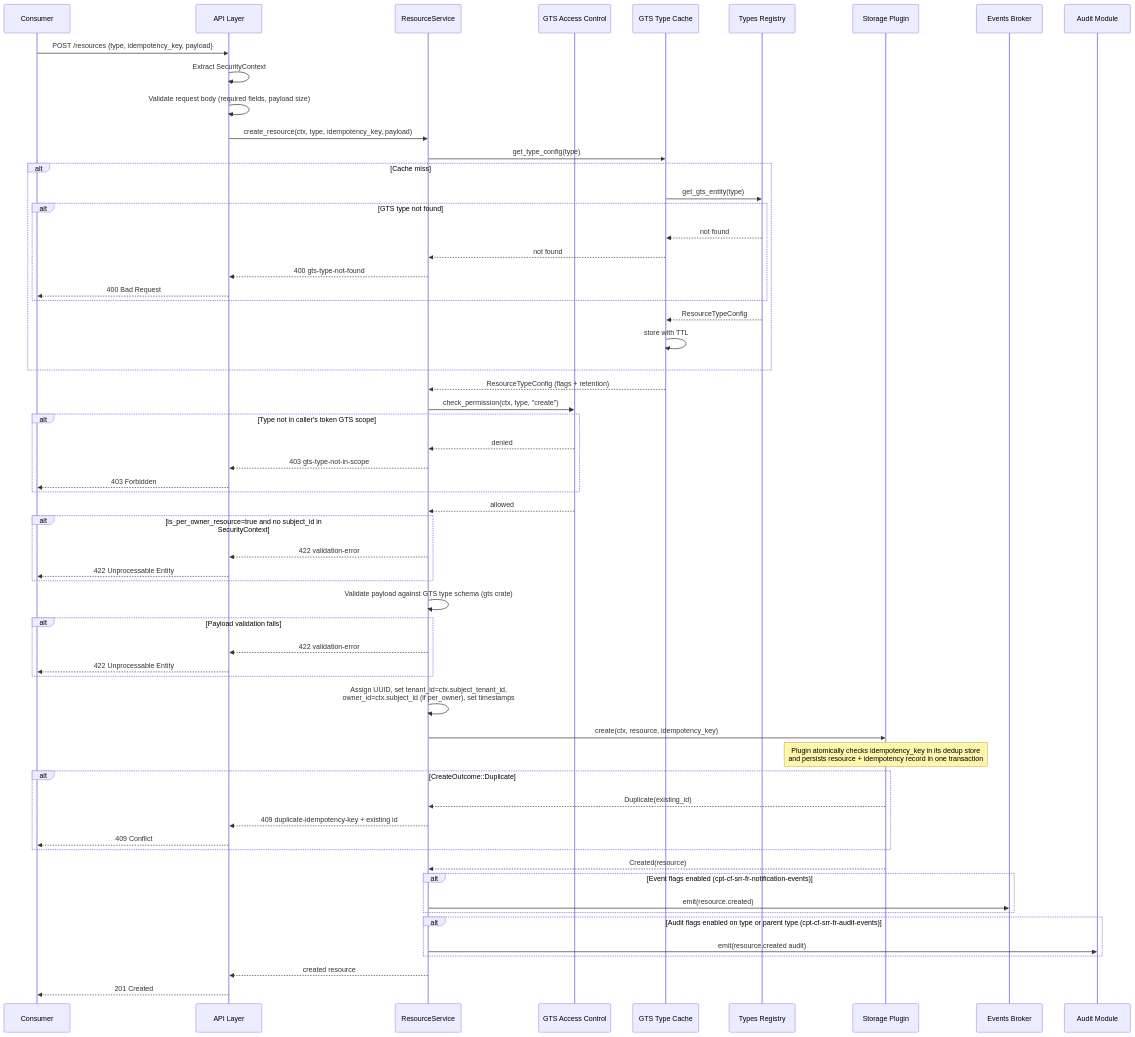
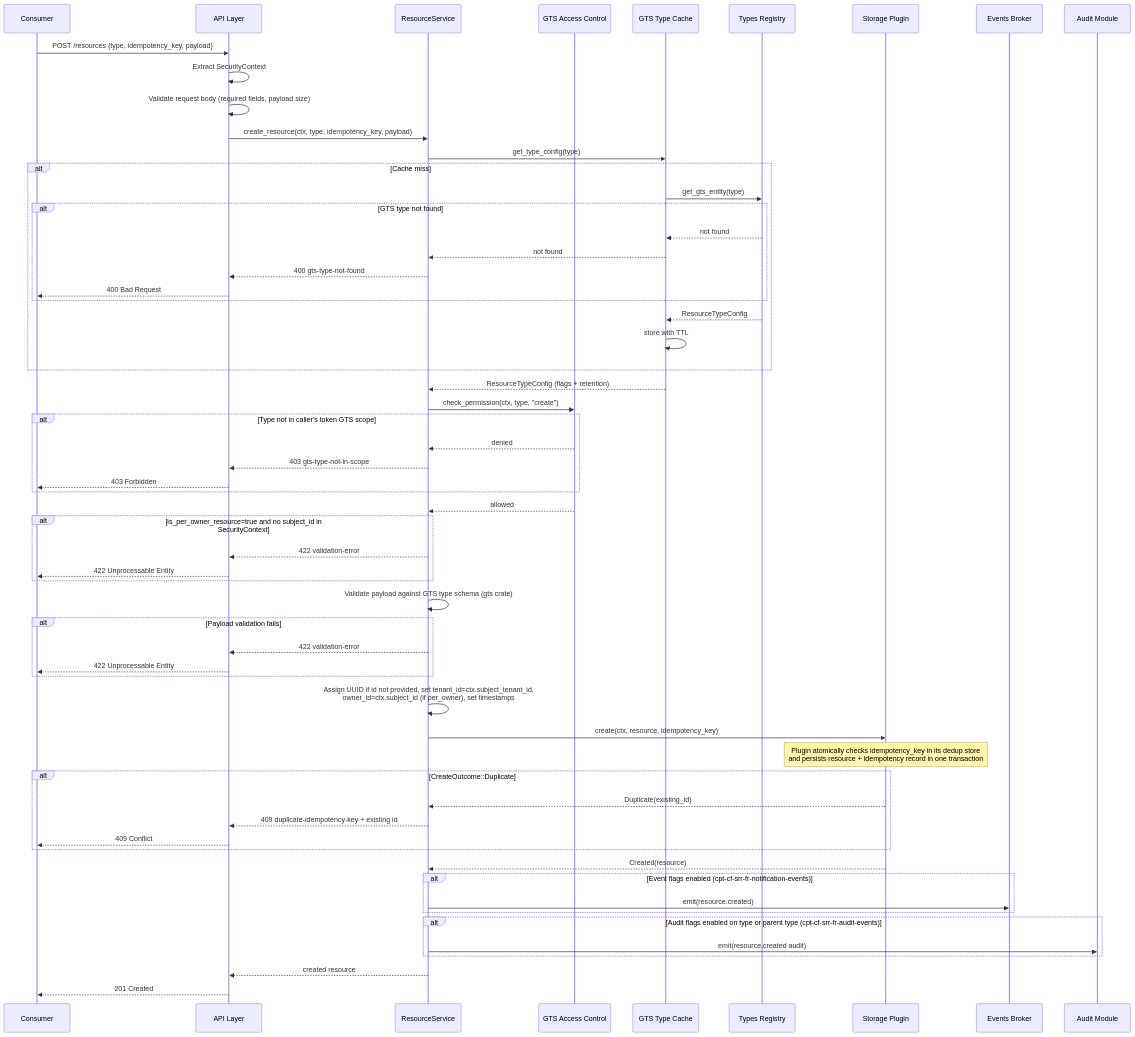
The second of 8 diagrams in modules/simple-resource-registry/docs/DESIGN.md (Artifizer/cyberfabric-core), drawn with Mermaid before and after one commit. The commit also changed other lines of this file and 5 other files, not shown here.

````diff
--- a/modules/simple-resource-registry/docs/DESIGN.md
+++ b/modules/simple-resource-registry/docs/DESIGN.md
@@ -902,63 +903,63 @@
 ```mermaid
 sequenceDiagram
     participant C as Consumer
     participant API as API Layer
     participant SVC as ResourceService
     participant ACL as GTS Access Control
     participant Cache as GTS Type Cache
     participant TR as Types Registry
     participant SP as Storage Plugin
     participant EB as Events Broker
     participant AU as Audit Module
 
     C->>API: POST /resources {type, idempotency_key, payload}
     API->>API: Extract SecurityContext
     API->>API: Validate request body (required fields, payload size)
     API->>SVC: create_resource(ctx, type, idempotency_key, payload)
     SVC->>Cache: get_type_config(type)
     alt Cache miss
         Cache->>TR: get_gts_entity(type)
         alt GTS type not found
             TR-->>Cache: not found
             Cache-->>SVC: not found
             SVC-->>API: 400 gts-type-not-found
             API-->>C: 400 Bad Request
         end
         TR-->>Cache: ResourceTypeConfig
         Cache->>Cache: store with TTL
     end
     Cache-->>SVC: ResourceTypeConfig (flags + retention)
     SVC->>ACL: check_permission(ctx, type, "create")
     alt Type not in caller's token GTS scope
         ACL-->>SVC: denied
         SVC-->>API: 403 gts-type-not-in-scope
         API-->>C: 403 Forbidden
     end
     ACL-->>SVC: allowed
     alt is_per_owner_resource=true and no subject_id in SecurityContext
         SVC-->>API: 422 validation-error
         API-->>C: 422 Unprocessable Entity
     end
     SVC->>SVC: Validate payload against GTS type schema (gts crate)
     alt Payload validation fails
         SVC-->>API: 422 validation-error
         API-->>C: 422 Unprocessable Entity
     end
-    SVC->>SVC: Assign UUID, set tenant_id=ctx.subject_tenant_id,<br/>owner_id=ctx.subject_id (if per_owner), set timestamps
+    SVC->>SVC: Assign UUID if id not provided, set tenant_id=ctx.subject_tenant_id,<br/>owner_id=ctx.subject_id (if per_owner), set timestamps
     SVC->>SP: create(ctx, resource, idempotency_key)
     Note over SP: Plugin atomically checks idempotency_key in its dedup store<br/>and persists resource + idempotency record in one transaction
     alt CreateOutcome::Duplicate
         SP-->>SVC: Duplicate(existing_id)
         SVC-->>API: 409 duplicate-idempotency-key + existing id
         API-->>C: 409 Conflict
     end
     SP-->>SVC: Created(resource)
     alt Event flags enabled (cpt-cf-srr-fr-notification-events)
         SVC->>EB: emit(resource.created)
     end
     alt Audit flags enabled on type or parent type (cpt-cf-srr-fr-audit-events)
         SVC->>AU: emit(resource.created audit)
     end
     SVC-->>API: created resource
     API-->>C: 201 Created
 ```
````
